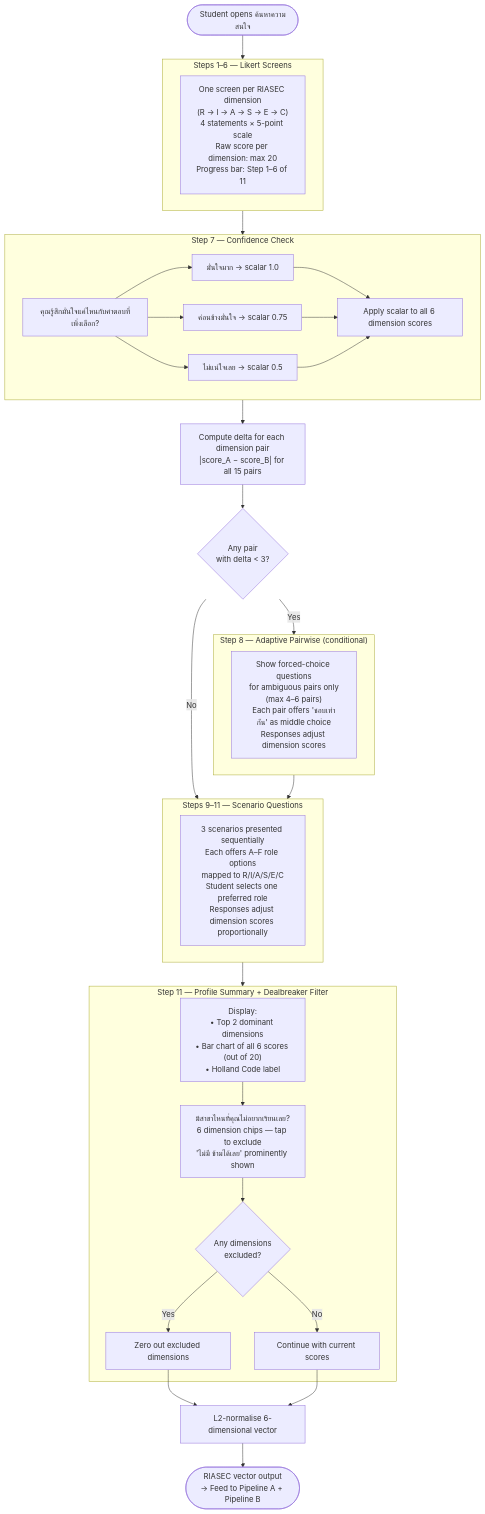
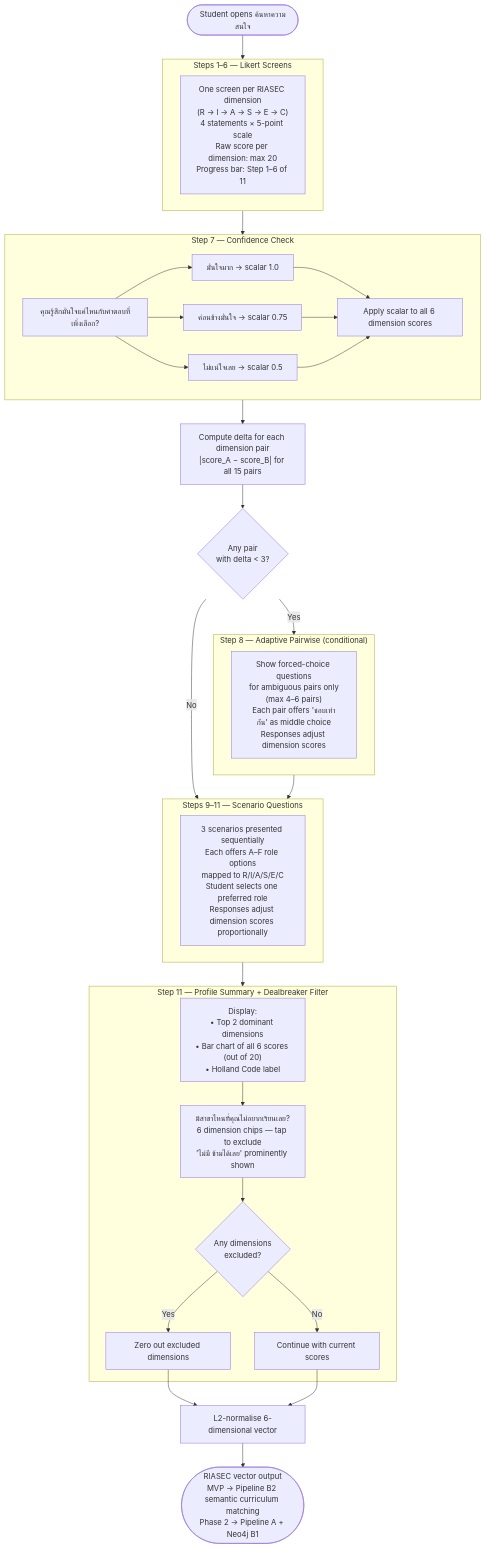
One commit to tarothanawat/SRS-KUru changed the sixth of 7 diagrams in DIAGRAMS.md. Above: the diagram before and after it, drawn with Mermaid. The commit also changed other lines of this file and 29 other files, not shown here.

````diff
--- a/DIAGRAMS.md
+++ b/DIAGRAMS.md
@@ -226,55 +276,55 @@
 ```mermaid
 flowchart TD
     START(["Student opens ค้นหาความสนใจ"])
 
     subgraph LIKERT["Steps 1–6 — Likert Screens"]
         L["One screen per RIASEC dimension<br/>(R → I → A → S → E → C)<br/>4 statements × 5-point scale<br/>Raw score per dimension: max 20<br/>Progress bar: Step 1–6 of 11"]
     end
 
     subgraph CONFIDENCE["Step 7 — Confidence Check"]
         C["คุณรู้สึกมั่นใจแค่ไหนกับคำตอบที่เพิ่งเลือก?"]
         C1["มั่นใจมาก → scalar 1.0"]
         C2["ค่อนข้างมั่นใจ → scalar 0.75"]
         C3["ไม่แน่ใจเลย → scalar 0.5"]
         C --> C1 & C2 & C3
         C1 & C2 & C3 --> SCALED["Apply scalar to all 6 dimension scores"]
     end
 
     DELTA["Compute delta for each dimension pair<br/>|score_A − score_B| for all 15 pairs"]
 
     AMBIG{"Any pair<br/>with delta < 3?"}
 
     subgraph PAIRWISE["Step 8 — Adaptive Pairwise (conditional)"]
         P["Show forced-choice questions<br/>for ambiguous pairs only<br/>(max 4–6 pairs)<br/>Each pair offers 'ชอบเท่ากัน' as middle choice<br/>Responses adjust dimension scores"]
     end
 
     subgraph SCENARIOS["Steps 9–11 — Scenario Questions"]
         S["3 scenarios presented sequentially<br/>Each offers A–F role options<br/>mapped to R/I/A/S/E/C<br/>Student selects one preferred role<br/>Responses adjust dimension scores proportionally"]
     end
 
     subgraph SUMMARY["Step 11 — Profile Summary + Dealbreaker Filter"]
         SUM["Display:<br/>• Top 2 dominant dimensions<br/>• Bar chart of all 6 scores (out of 20)<br/>• Holland Code label"]
         DB["มีสาขาไหนที่คุณไม่อยากเรียนเลย?<br/>6 dimension chips — tap to exclude<br/>'ไม่มี ข้ามได้เลย' prominently shown"]
         EXCL{"Any dimensions<br/>excluded?"}
         ZERO["Zero out excluded dimensions"]
         KEEP["Continue with current scores"]
         SUM --> DB --> EXCL
         EXCL -->|"Yes"| ZERO
         EXCL -->|"No"| KEEP
     end
 
     NORM["L2-normalise 6-dimensional vector"]
-    OUTPUT(["RIASEC vector output<br/>→ Feed to Pipeline A + Pipeline B"])
+    OUTPUT(["RIASEC vector output<br/>MVP → Pipeline B2 semantic curriculum matching<br/>Phase 2 → Pipeline A + Neo4j B1"])
 
     START --> LIKERT
     LIKERT --> CONFIDENCE
     CONFIDENCE --> DELTA
     DELTA --> AMBIG
     AMBIG -->|"Yes"| PAIRWISE
     AMBIG -->|"No"| SCENARIOS
     PAIRWISE --> SCENARIOS
     SCENARIOS --> SUMMARY
     ZERO --> NORM
     KEEP --> NORM
     NORM --> OUTPUT
 ```
````
